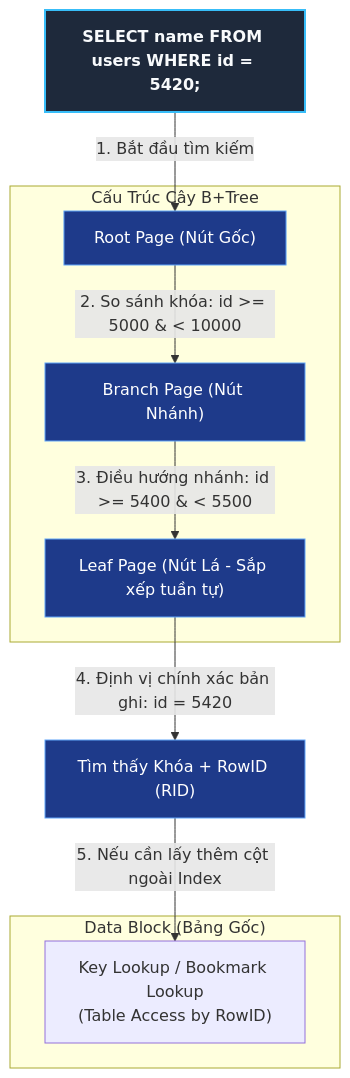
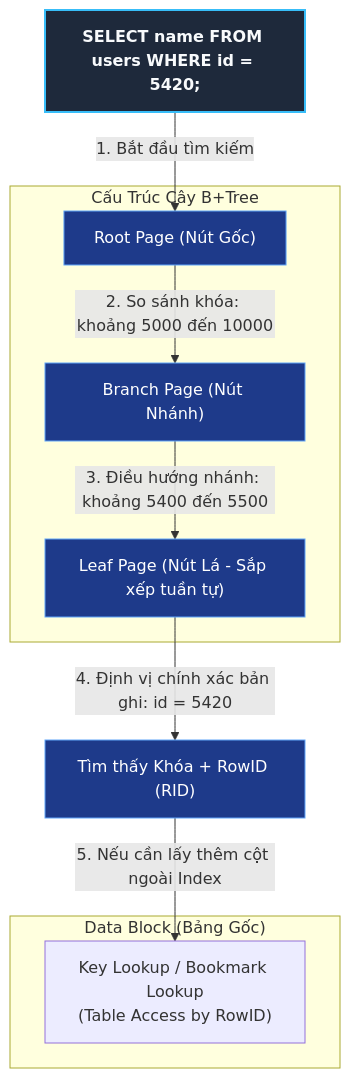
One commit to longhalo1803/second-brain changed the first of 2 diagrams in Database-knowledge/01 - Core Concepts/Index Seek.md. Above: the diagram before and after it, drawn with Mermaid. The commit also changed 59 other files, not shown here.

Commit message:
feat(DSA-knowledge): update metadata, mermaid diagrams, and formatting across knowledge base notes

````diff
--- a/Database-knowledge/01 - Core Concepts/Index Seek.md
+++ b/Database-knowledge/01 - Core Concepts/Index Seek.md
@@ -29,25 +29,25 @@
 ```mermaid
 flowchart TD
     SQL["SELECT name FROM users WHERE id = 5420;"]:::main
 
     subgraph BTree["Cấu Trúc Cây B+Tree"]
         ROOT["Root Page (Nút Gốc)"]
         BR["Branch Page (Nút Nhánh)"]
         LEAF["Leaf Page (Nút Lá - Sắp xếp tuần tự)"]
     end
 
     SQL -->|1. Bắt đầu tìm kiếm| ROOT
-    ROOT -->|2. So sánh khóa: id >= 5000 & < 10000| BR
-    BR -->|3. Điều hướng nhánh: id >= 5400 & < 5500| LEAF
+    ROOT -->|2. So sánh khóa: khoảng 5000 đến 10000| BR
+    BR -->|3. Điều hướng nhánh: khoảng 5400 đến 5500| LEAF
     LEAF -->|4. Định vị chính xác bản ghi: id = 5420| FOUND["Tìm thấy Khóa + RowID (RID)"]
 
     subgraph DataFile["Data Block (Bảng Gốc)"]
         LOOKUP["Key Lookup / Bookmark Lookup<br/>(Table Access by RowID)"]
     end
 
     FOUND -->|5. Nếu cần lấy thêm cột ngoài Index| LOOKUP
 
     classDef main fill:#1e293b,stroke:#38bdf8,stroke-width:2px,color:#f8fafc,font-weight:bold;
     classDef step fill:#1e3a8a,stroke:#60a5fa,stroke-width:1px,color:#fff;
     class ROOT,BR,LEAF,FOUND step;
 ```
````
